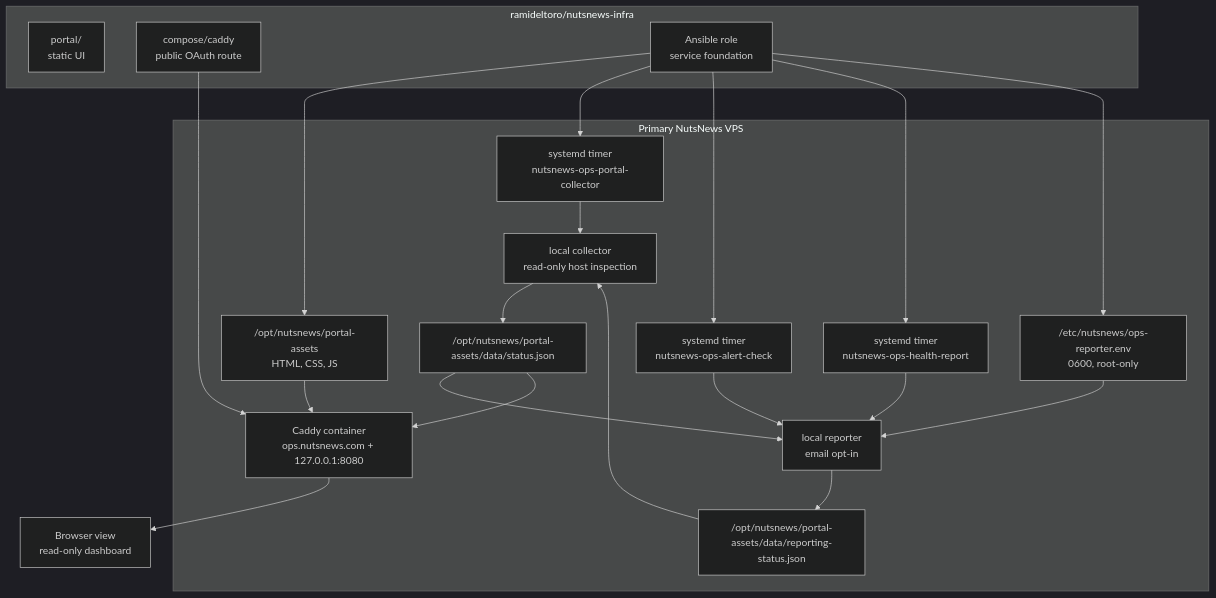
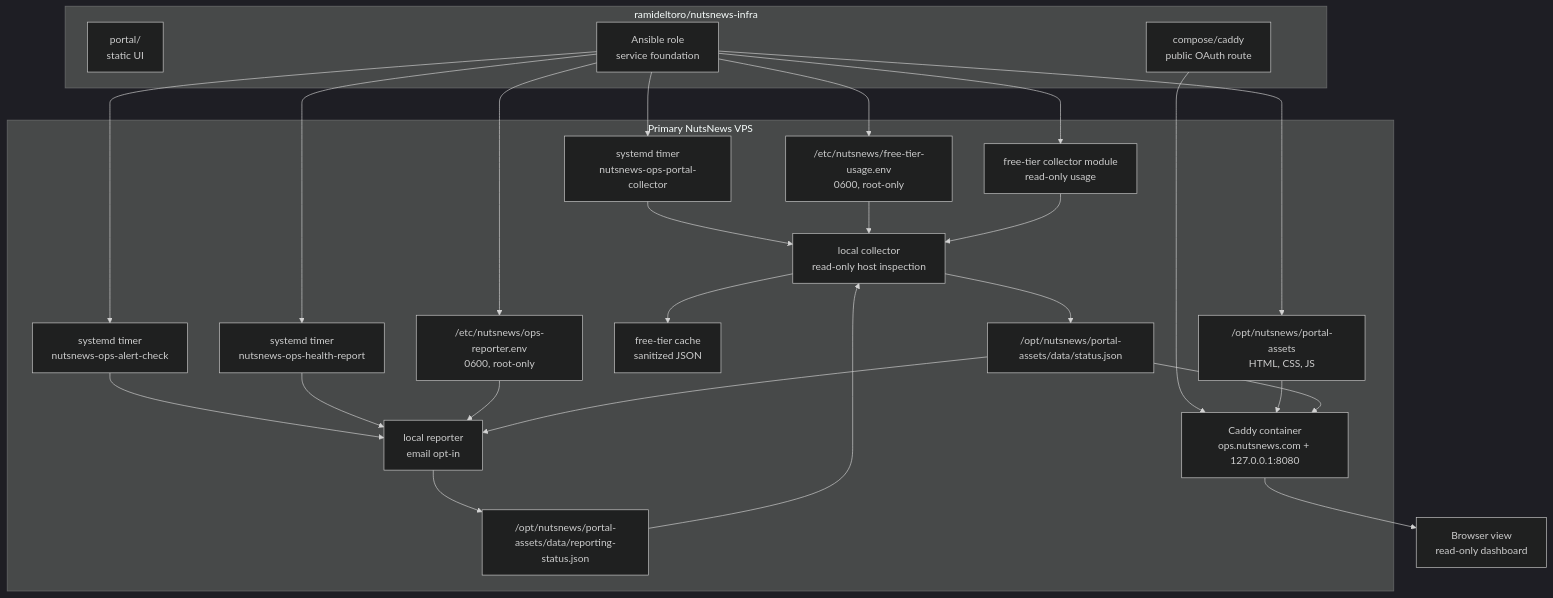
One commit to ramideltoro/nutsnews-docs changed the first of 8 diagrams in NUTSNEWS_OPERATIONS_PORTAL_V1.md. Above: the diagram before and after it, drawn with Mermaid (dark theme). The commit also changed other lines of this file, not shown here.

Commit message:
Document Ops Portal free-tier usage

````diff
--- a/NUTSNEWS_OPERATIONS_PORTAL_V1.md
+++ b/NUTSNEWS_OPERATIONS_PORTAL_V1.md
@@ -118,39 +127,47 @@
 ```mermaid
 flowchart TB
   subgraph Repo["ramideltoro/nutsnews-infra"]
     portal["portal/\nstatic UI"]
     compose["compose/caddy\npublic OAuth route"]
     ansible["Ansible role\nservice foundation"]
   end
 
   subgraph VPS["Primary NutsNews VPS"]
     timer["systemd timer\nnutsnews-ops-portal-collector"]
     collector["local collector\nread-only host inspection"]
     alertTimer["systemd timer\nnutsnews-ops-alert-check"]
     reportTimer["systemd timer\nnutsnews-ops-health-report"]
     reporter["local reporter\nemail opt-in"]
     env["/etc/nutsnews/ops-reporter.env\n0600, root-only"]
+    freeTierEnv["/etc/nutsnews/free-tier-usage.env\n0600, root-only"]
+    freeTier["free-tier collector module\nread-only usage"]
+    cache["free-tier cache\nsanitized JSON"]
     json["/opt/nutsnews/portal-assets/data/status.json"]
     reportingJson["/opt/nutsnews/portal-assets/data/reporting-status.json"]
     assets["/opt/nutsnews/portal-assets\nHTML, CSS, JS"]
     caddy["Caddy container\nops.nutsnews.com + 127.0.0.1:8080"]
   end
 
   ansible --> assets
   ansible --> timer
   ansible --> alertTimer
   ansible --> reportTimer
   ansible --> env
+  ansible --> freeTierEnv
+  ansible --> freeTier
   compose --> caddy
   timer --> collector
+  freeTierEnv --> collector
+  freeTier --> collector
+  collector --> cache
   collector --> json
   alertTimer --> reporter
   reportTimer --> reporter
   env --> reporter
   json --> reporter
   reporter --> reportingJson
   reportingJson --> collector
   assets --> caddy
   json --> caddy
   caddy --> browser["Browser view\nread-only dashboard"]
 ```
````
